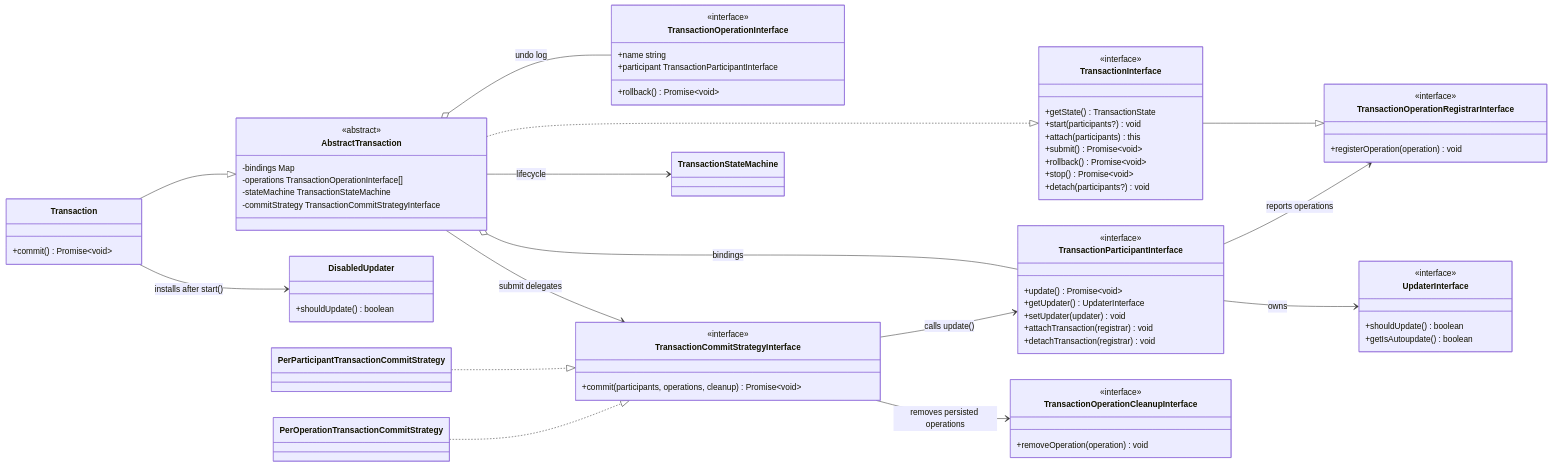
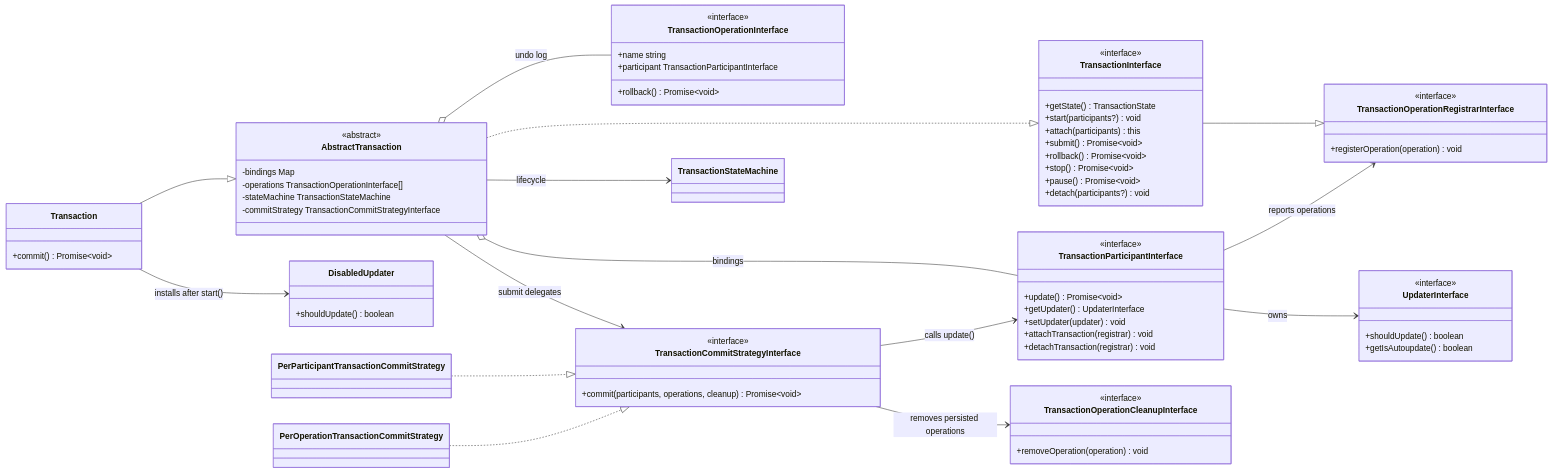
The diagram in README.md (Frxnklyn/npm-transaction-manager), drawn with Mermaid before and after one commit. The commit also changed other lines of this file and 9 other files, not shown here.

```diff
--- a/README.md
+++ b/README.md
@@ -40,6 +40,7 @@
         +submit() Promise~void~
         +rollback() Promise~void~
         +stop() Promise~void~
+        +pause() Promise~void~
         +detach(participants?) void
     }
 
```
